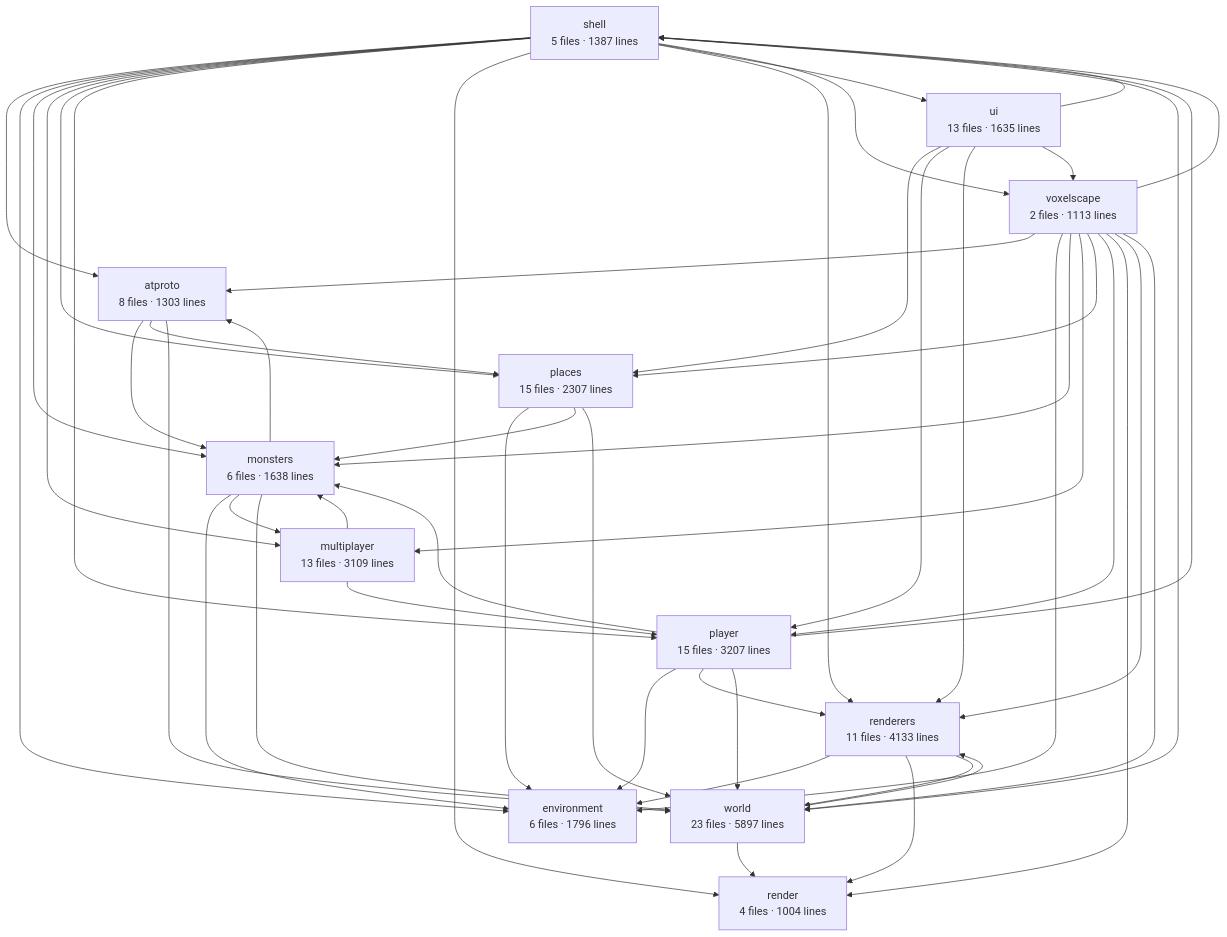
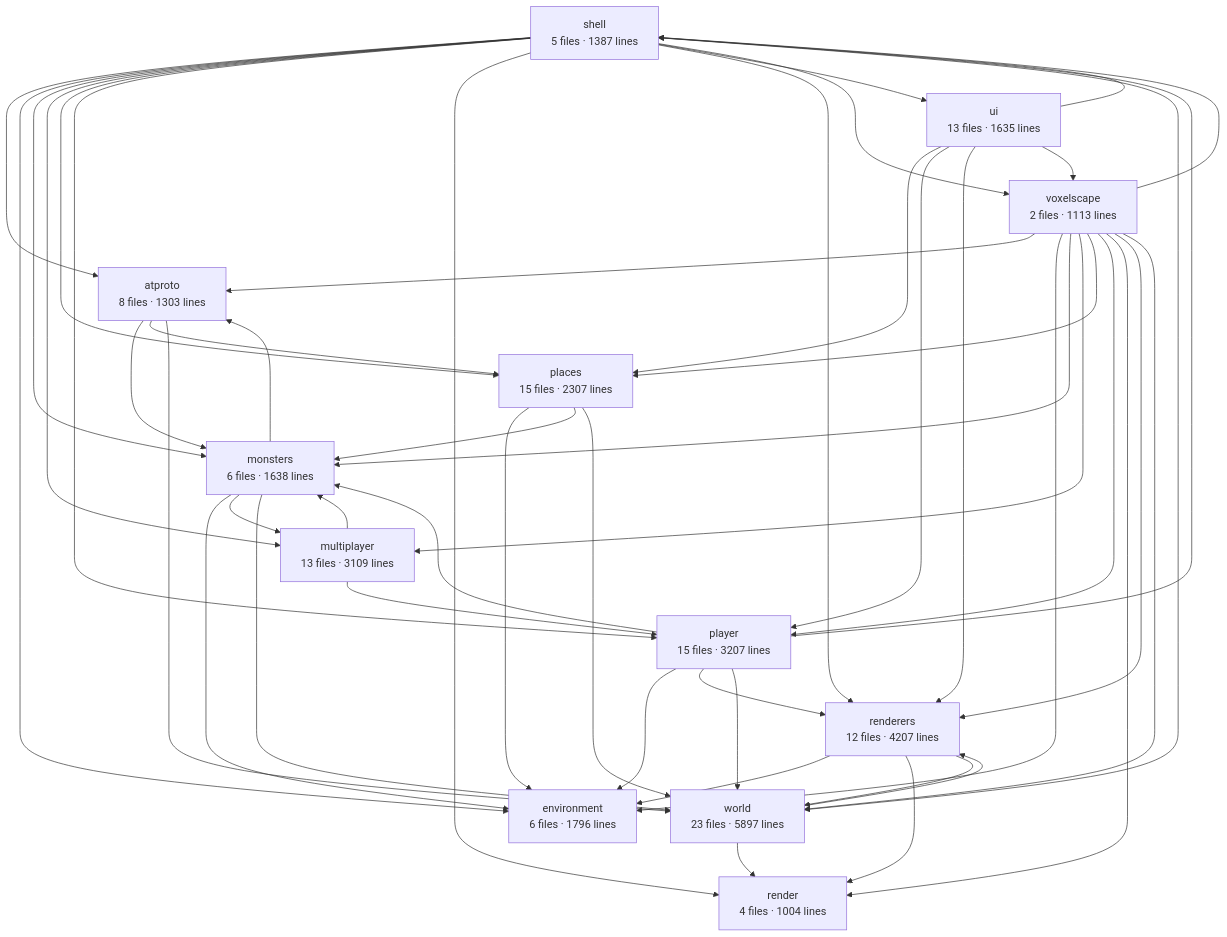
One commit to clinuxrulz/big-mesh-studios changed the diagram in apps/voxelscape/docs/architecture.md. Above: the diagram before and after it, drawn with Mermaid. The commit also changed other lines of this file and 9 other files, not shown here.

````diff
--- a/apps/voxelscape/docs/architecture.md
+++ b/apps/voxelscape/docs/architecture.md
@@ -6,63 +6,63 @@
 ```mermaid
 graph TD
   shell["shell<br/>5 files · 1387 lines"]
   voxelscape["voxelscape<br/>2 files · 1113 lines"]
   world["world<br/>23 files · 5897 lines"]
-  renderers["renderers<br/>11 files · 4133 lines"]
+  renderers["renderers<br/>12 files · 4207 lines"]
   render["render<br/>4 files · 1004 lines"]
   player["player<br/>15 files · 3207 lines"]
   monsters["monsters<br/>6 files · 1638 lines"]
   multiplayer["multiplayer<br/>13 files · 3109 lines"]
   places["places<br/>15 files · 2307 lines"]
   environment["environment<br/>6 files · 1796 lines"]
   atproto["atproto<br/>8 files · 1303 lines"]
   ui["ui<br/>13 files · 1635 lines"]
   atproto --> monsters
   atproto --> places
   atproto --> world
   monsters --> atproto
   monsters --> environment
   monsters --> multiplayer
   monsters --> world
   multiplayer --> monsters
   multiplayer --> player
   places --> environment
   places --> monsters
   places --> world
   player --> environment
   player --> monsters
   player --> renderers
   player --> shell
   player --> world
   renderers --> environment
   renderers --> render
   renderers --> world
   shell --> atproto
   shell --> environment
   shell --> monsters
   shell --> multiplayer
   shell --> places
   shell --> player
   shell --> render
   shell --> renderers
   shell --> ui
   shell --> voxelscape
   shell --> world
   ui --> places
   ui --> player
   ui --> renderers
   ui --> shell
   ui --> voxelscape
   voxelscape --> atproto
   voxelscape --> environment
   voxelscape --> monsters
   voxelscape --> multiplayer
   voxelscape --> places
   voxelscape --> player
   voxelscape --> render
   voxelscape --> renderers
   voxelscape --> shell
   voxelscape --> world
   world --> render
   world --> renderers
 ```
````
